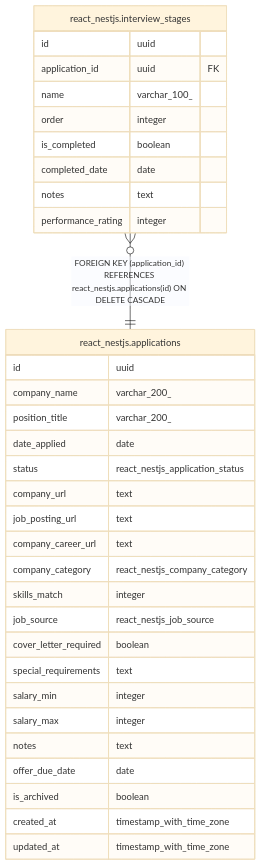
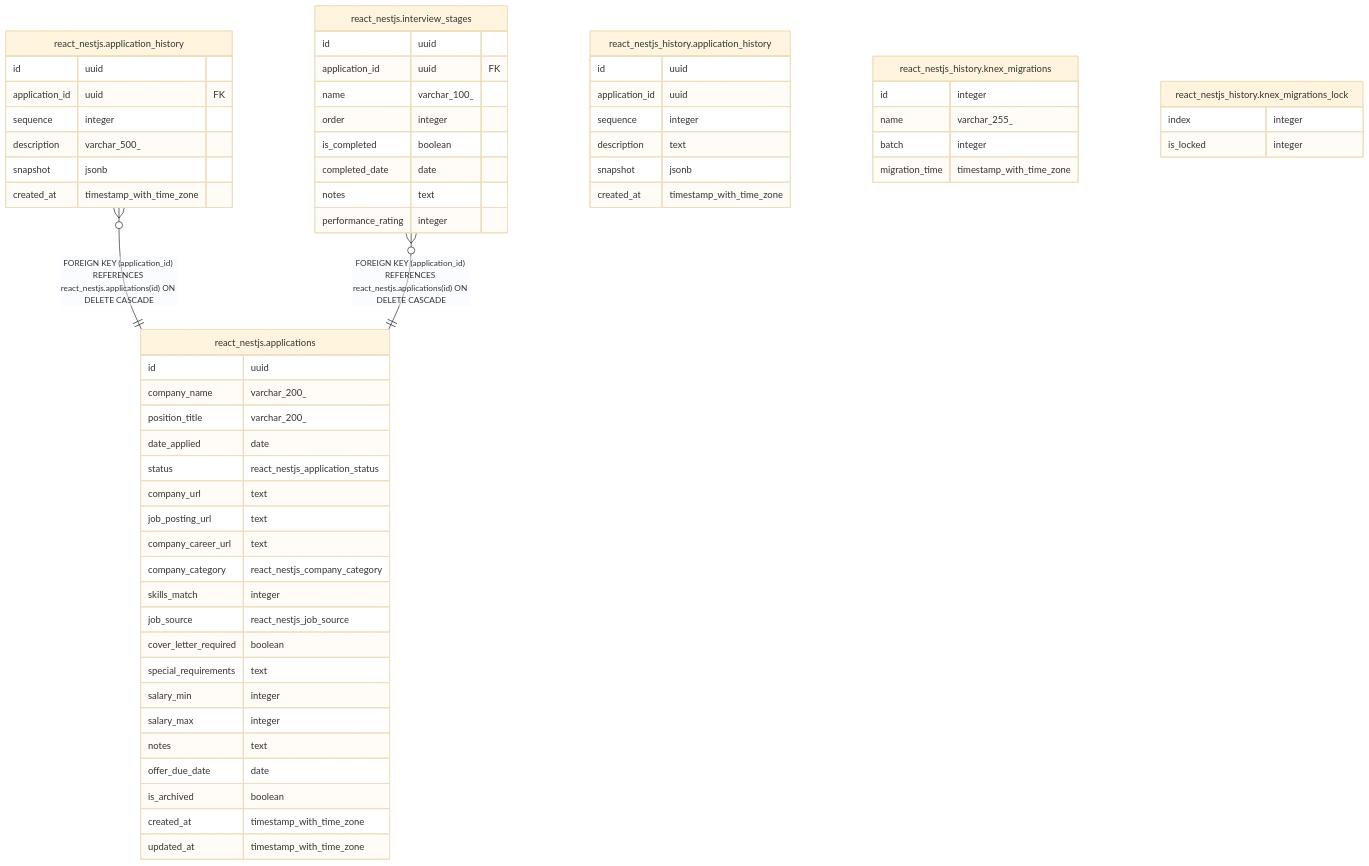
One commit to WhatIfWeDigDeeper/application-tracker changed the diagram in docs/schema/react-nestjs/README.md. Above: the diagram before and after it, drawn with Mermaid (base theme). The commit also changed other lines of this file and 120 other files, not shown here.

````diff
--- a/docs/schema/react-nestjs/README.md
+++ b/docs/schema/react-nestjs/README.md
@@ -35,38 +45,65 @@
 ```mermaid
 erDiagram
 
+"react_nestjs.application_history" }o--|| "react_nestjs.applications" : "FOREIGN KEY (application_id) REFERENCES react_nestjs.applications(id) ON DELETE CASCADE"
 "react_nestjs.interview_stages" }o--|| "react_nestjs.applications" : "FOREIGN KEY (application_id) REFERENCES react_nestjs.applications(id) ON DELETE CASCADE"
 
+"react_nestjs.application_history" {
+  id uuid
+  application_id uuid FK
+  sequence integer
+  description varchar_500_
+  snapshot jsonb
+  created_at timestamp_with_time_zone
+}
 "react_nestjs.applications" {
   id uuid
   company_name varchar_200_
   position_title varchar_200_
   date_applied date
   status react_nestjs_application_status
   company_url text
   job_posting_url text
   company_career_url text
   company_category react_nestjs_company_category
   skills_match integer
   job_source react_nestjs_job_source
   cover_letter_required boolean
   special_requirements text
   salary_min integer
   salary_max integer
   notes text
   offer_due_date date
   is_archived boolean
   created_at timestamp_with_time_zone
   updated_at timestamp_with_time_zone
 }
 "react_nestjs.interview_stages" {
   id uuid
   application_id uuid FK
   name varchar_100_
   order integer
   is_completed boolean
   completed_date date
   notes text
   performance_rating integer
 }
+"react_nestjs_history.application_history" {
+  id uuid
+  application_id uuid
+  sequence integer
+  description text
+  snapshot jsonb
+  created_at timestamp_with_time_zone
+}
+"react_nestjs_history.knex_migrations" {
+  id integer
+  name varchar_255_
+  batch integer
+  migration_time timestamp_with_time_zone
+}
+"react_nestjs_history.knex_migrations_lock" {
+  index integer
+  is_locked integer
+}
 ```
````
